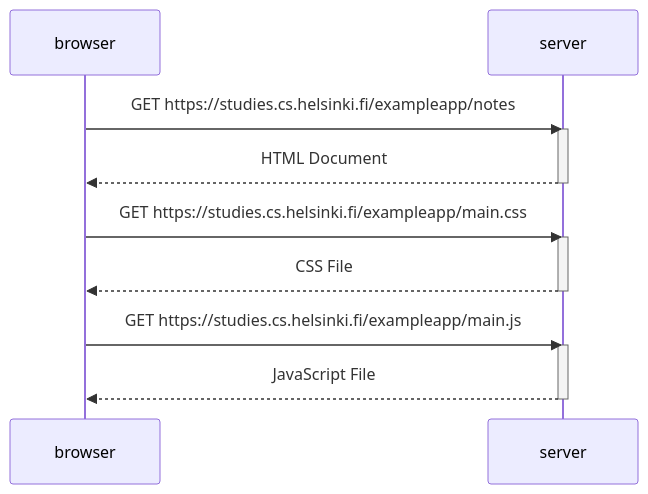
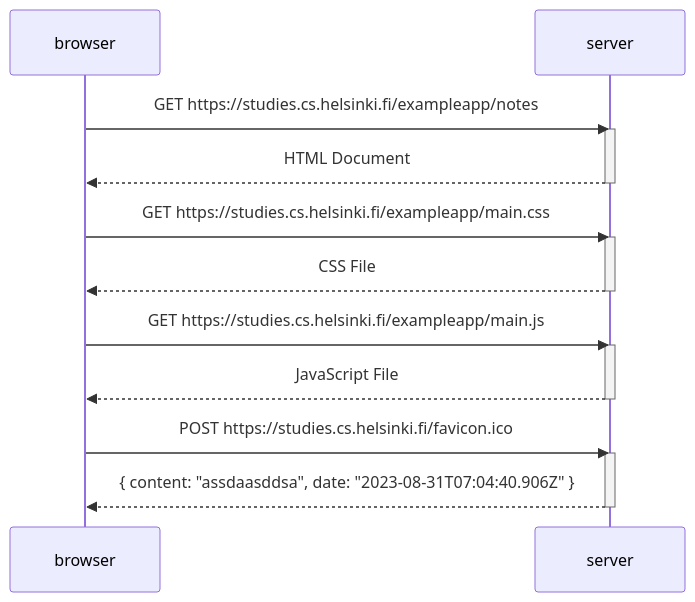
One commit to valtteriper/FullstackOpen changed the diagram in part_0_4.md. Above: the diagram before and after it, drawn with Mermaid.

````diff
--- a/part_0_4.md
+++ b/part_0_4.md
@@ -1,21 +1,26 @@
 ```mermaid
 sequenceDiagram
     participant browser
     participant server
     
     browser->>server: GET https://studies.cs.helsinki.fi/exampleapp/notes
     activate server
     server-->>browser: HTML Document
     deactivate server
 
     browser->>server: GET https://studies.cs.helsinki.fi/exampleapp/main.css
     activate server
     server-->>browser: CSS File
     deactivate server
 
     browser->>server: GET https://studies.cs.helsinki.fi/exampleapp/main.js
     activate server
     server-->>browser: JavaScript File
     deactivate server
 
+    browser->>server: POST https://studies.cs.helsinki.fi/favicon.ico
+    activate server
+    server-->>browser: { content: "assdaasddsa", date: "2023-08-31T07:04:40.906Z" }
+    deactivate server
+
 ```
````
